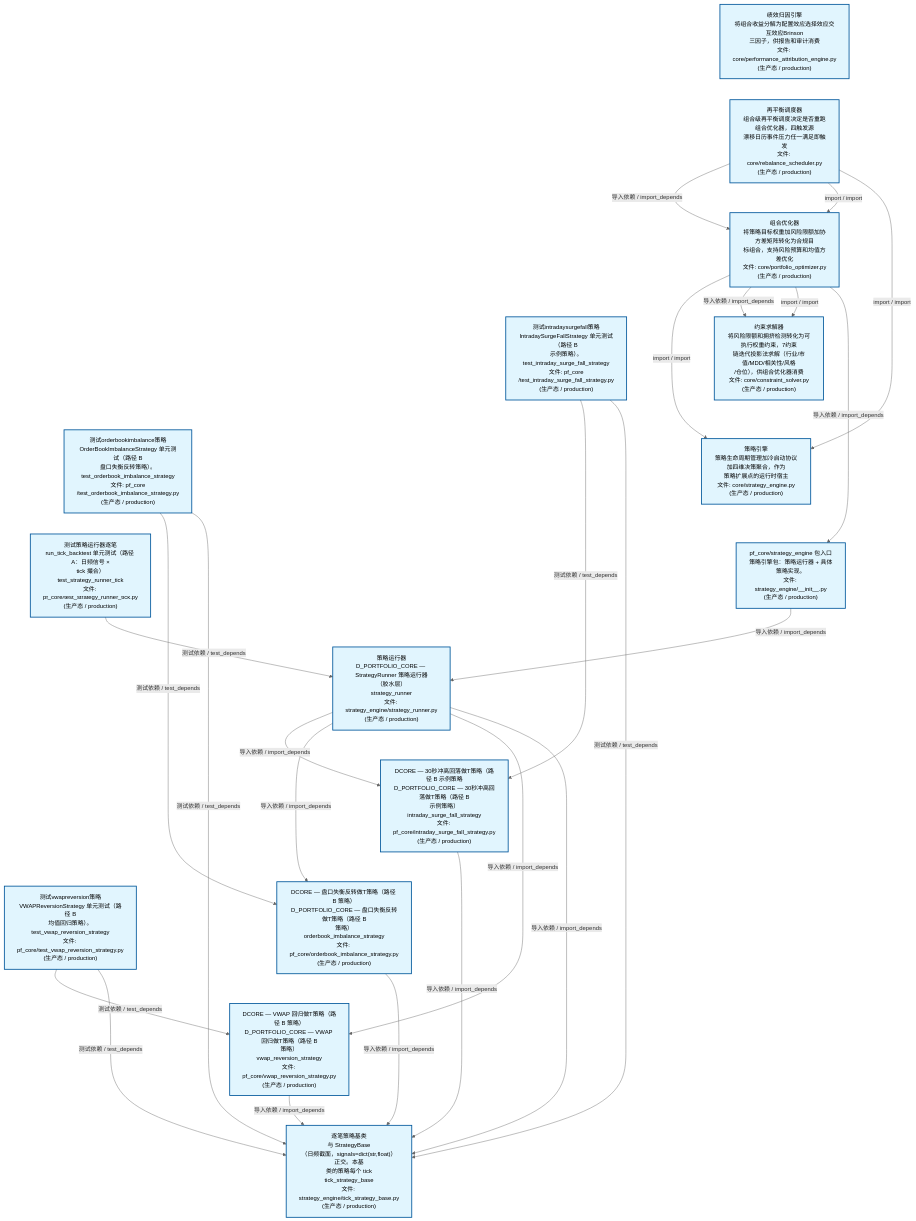
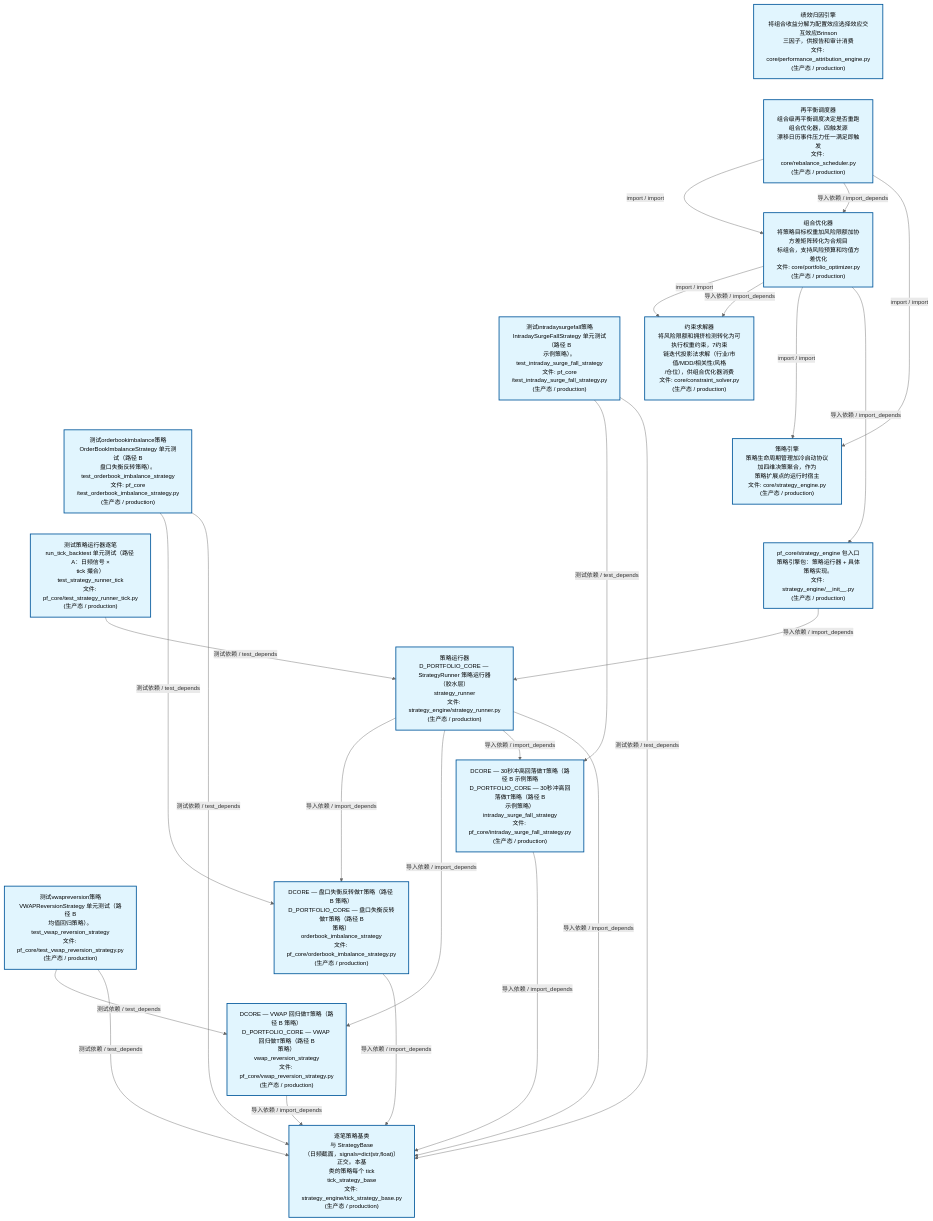
One commit to xuanFelixVan/ZephyrAlpha changed the second of 4 diagrams in docs/02_enterprise_architecture/02_domain_architecture_docs/63_d_pf_core.md. Above: the diagram before and after it, drawn with Mermaid. The commit also changed other lines of this file and 186 other files, not shown here.

````diff
--- a/docs/02_enterprise_architecture/02_domain_architecture_docs/63_d_pf_core.md
+++ b/docs/02_enterprise_architecture/02_domain_architecture_docs/63_d_pf_core.md
@@ -140,55 +140,55 @@
 ```mermaid
 %%{init: {'theme': 'base', 'themeVariables': {'primaryColor': '#eaeaea', 'primaryTextColor': '#333333', 'primaryBorderColor': '#666666', 'lineColor': '#666666', 'secondaryColor': '#eaeaea', 'tertiaryColor': '#eaeaea', 'fontSize': '14px'}}}%%
 flowchart TD
     src_zephyr_pf_core_core_performance_attribution_engine_py["绩效归因引擎<br/>将组合收益分解为配置效应选择效应交互效应Brinson<br/>三因子，供报告和审计消费<br/>文件: core/performance_attribution_engine.py<br/>(生产态 / production)"]
     src_zephyr_pf_core_core_rebalance_scheduler_py["再平衡调度器<br/>组合级再平衡调度决定是否重跑组合优化器，四触发源<br/>漂移日历事件压力任一满足即触发<br/>文件: core/rebalance_scheduler.py<br/>(生产态 / production)"]
     tests_pf_core_test_intraday_surge_fall_strategy_py["测试intradaysurgefall策略<br/>IntradaySurgeFallStrategy 单元测试（路径 B<br/>示例策略）。<br/>test_intraday_surge_fall_strategy<br/>文件: pf_core<br/>/test_intraday_surge_fall_strategy.py<br/>(生产态 / production)"]
     tests_pf_core_test_orderbook_imbalance_strategy_py["测试orderbookimbalance策略<br/>OrderBookImbalanceStrategy 单元测试（路径 B<br/>盘口失衡反转策略）。<br/>test_orderbook_imbalance_strategy<br/>文件: pf_core<br/>/test_orderbook_imbalance_strategy.py<br/>(生产态 / production)"]
     tests_pf_core_test_strategy_runner_tick_py["测试策略运行器逐笔<br/>run_tick_backtest 单元测试（路径 A：日频信号 ×<br/>tick 撮合）<br/>test_strategy_runner_tick<br/>文件: pf_core/test_strategy_runner_tick.py<br/>(生产态 / production)"]
     tests_pf_core_test_vwap_reversion_strategy_py["测试vwapreversion策略<br/>VWAPReversionStrategy 单元测试（路径 B<br/>均值回归策略）。<br/>test_vwap_reversion_strategy<br/>文件: pf_core/test_vwap_reversion_strategy.py<br/>(生产态 / production)"]
     src_zephyr_pf_core_core_performance_attribution_engine_py ~~~ src_zephyr_pf_core_core_rebalance_scheduler_py
     src_zephyr_pf_core_core_rebalance_scheduler_py ~~~ tests_pf_core_test_intraday_surge_fall_strategy_py
     tests_pf_core_test_intraday_surge_fall_strategy_py ~~~ tests_pf_core_test_orderbook_imbalance_strategy_py
     tests_pf_core_test_orderbook_imbalance_strategy_py ~~~ tests_pf_core_test_strategy_runner_tick_py
     tests_pf_core_test_strategy_runner_tick_py ~~~ tests_pf_core_test_vwap_reversion_strategy_py
     src_zephyr_pf_core_core_portfolio_optimizer_py["组合优化器<br/>将策略目标权重加风险限额加协方差矩阵转化为合规目<br/>标组合，支持风险预算和均值方差优化<br/>文件: core/portfolio_optimizer.py<br/>(生产态 / production)"]
     src_zephyr_pf_core_core_constraint_solver_py["约束求解器<br/>将风险限额和拥挤检测转化为可执行权重约束，7约束<br/>链迭代投影法求解（行业/市值/MDD/相关性/风格<br/>/仓位），供组合优化器消费<br/>文件: core/constraint_solver.py<br/>(生产态 / production)"]
     src_zephyr_pf_core_core_strategy_engine_py["策略引擎<br/>策略生命周期管理加冷启动协议加四维决策聚合，作为<br/>策略扩展点的运行时宿主<br/>文件: core/strategy_engine.py<br/>(生产态 / production)"]
     src_zephyr_pf_core_strategy_engine_init_py["pf_core/strategy_engine 包入口<br/>策略引擎包：策略运行器 + 具体策略实现。<br/>文件: strategy_engine/__init__.py<br/>(生产态 / production)"]
     src_zephyr_pf_core_core_constraint_solver_py ~~~ src_zephyr_pf_core_core_strategy_engine_py
     src_zephyr_pf_core_core_strategy_engine_py ~~~ src_zephyr_pf_core_strategy_engine_init_py
     src_zephyr_pf_core_strategy_engine_strategy_runner_py["策略运行器<br/>D_PORTFOLIO_CORE — StrategyRunner 策略运行器<br/>（胶水层）<br/>strategy_runner<br/>文件: strategy_engine/strategy_runner.py<br/>(生产态 / production)"]
     src_zephyr_pf_core_intraday_surge_fall_strategy_py["DCORE — 30秒冲高回落做T策略（路径 B 示例策略<br/>D_PORTFOLIO_CORE — 30秒冲高回落做T策略（路径 B<br/>示例策略）<br/>intraday_surge_fall_strategy<br/>文件: pf_core/intraday_surge_fall_strategy.py<br/>(生产态 / production)"]
     src_zephyr_pf_core_orderbook_imbalance_strategy_py["DCORE — 盘口失衡反转做T策略（路径 B 策略）<br/>D_PORTFOLIO_CORE — 盘口失衡反转做T策略（路径 B<br/>策略）<br/>orderbook_imbalance_strategy<br/>文件: pf_core/orderbook_imbalance_strategy.py<br/>(生产态 / production)"]
     src_zephyr_pf_core_vwap_reversion_strategy_py["DCORE — VWAP 回归做T策略（路径 B 策略）<br/>D_PORTFOLIO_CORE — VWAP 回归做T策略（路径 B<br/>策略）<br/>vwap_reversion_strategy<br/>文件: pf_core/vwap_reversion_strategy.py<br/>(生产态 / production)"]
     src_zephyr_pf_core_intraday_surge_fall_strategy_py ~~~ src_zephyr_pf_core_orderbook_imbalance_strategy_py
     src_zephyr_pf_core_orderbook_imbalance_strategy_py ~~~ src_zephyr_pf_core_vwap_reversion_strategy_py
     src_zephyr_pf_core_strategy_engine_tick_strategy_base_py["逐笔策略基类<br/>与 StrategyBase<br/>（日频截面，signals=dict(str,float)）正交。本基<br/>类的策略每个 tick<br/>tick_strategy_base<br/>文件: strategy_engine/tick_strategy_base.py<br/>(生产态 / production)"]
-    src_zephyr_pf_core_intraday_surge_fall_strategy_py -->|导入依赖 / import_depends| src_zephyr_pf_core_strategy_engine_tick_strategy_base_py
     src_zephyr_pf_core_orderbook_imbalance_strategy_py -->|导入依赖 / import_depends| src_zephyr_pf_core_strategy_engine_tick_strategy_base_py
     src_zephyr_pf_core_vwap_reversion_strategy_py -->|导入依赖 / import_depends| src_zephyr_pf_core_strategy_engine_tick_strategy_base_py
+    src_zephyr_pf_core_intraday_surge_fall_strategy_py -->|导入依赖 / import_depends| src_zephyr_pf_core_strategy_engine_tick_strategy_base_py
+    src_zephyr_pf_core_core_portfolio_optimizer_py -->|import / import| src_zephyr_pf_core_core_constraint_solver_py
+    src_zephyr_pf_core_core_portfolio_optimizer_py -->|导入依赖 / import_depends| src_zephyr_pf_core_core_constraint_solver_py
     src_zephyr_pf_core_core_portfolio_optimizer_py -->|import / import| src_zephyr_pf_core_core_strategy_engine_py
-    src_zephyr_pf_core_core_portfolio_optimizer_py -->|导入依赖 / import_depends| src_zephyr_pf_core_core_constraint_solver_py
-    src_zephyr_pf_core_core_portfolio_optimizer_py -->|import / import| src_zephyr_pf_core_core_constraint_solver_py
     src_zephyr_pf_core_core_portfolio_optimizer_py -->|导入依赖 / import_depends| src_zephyr_pf_core_strategy_engine_init_py
+    src_zephyr_pf_core_strategy_engine_strategy_runner_py -->|导入依赖 / import_depends| src_zephyr_pf_core_orderbook_imbalance_strategy_py
+    src_zephyr_pf_core_strategy_engine_strategy_runner_py -->|导入依赖 / import_depends| src_zephyr_pf_core_vwap_reversion_strategy_py
+    src_zephyr_pf_core_strategy_engine_strategy_runner_py -->|导入依赖 / import_depends| src_zephyr_pf_core_intraday_surge_fall_strategy_py
+    src_zephyr_pf_core_strategy_engine_strategy_runner_py -->|导入依赖 / import_depends| src_zephyr_pf_core_strategy_engine_tick_strategy_base_py
+    src_zephyr_pf_core_core_rebalance_scheduler_py -->|import / import| src_zephyr_pf_core_core_portfolio_optimizer_py
     src_zephyr_pf_core_core_rebalance_scheduler_py -->|导入依赖 / import_depends| src_zephyr_pf_core_core_portfolio_optimizer_py
-    src_zephyr_pf_core_core_rebalance_scheduler_py -->|import / import| src_zephyr_pf_core_core_portfolio_optimizer_py
     src_zephyr_pf_core_core_rebalance_scheduler_py -->|import / import| src_zephyr_pf_core_core_strategy_engine_py
     src_zephyr_pf_core_strategy_engine_init_py -->|导入依赖 / import_depends| src_zephyr_pf_core_strategy_engine_strategy_runner_py
-    src_zephyr_pf_core_strategy_engine_strategy_runner_py -->|导入依赖 / import_depends| src_zephyr_pf_core_intraday_surge_fall_strategy_py
-    src_zephyr_pf_core_strategy_engine_strategy_runner_py -->|导入依赖 / import_depends| src_zephyr_pf_core_orderbook_imbalance_strategy_py
-    src_zephyr_pf_core_strategy_engine_strategy_runner_py -->|导入依赖 / import_depends| src_zephyr_pf_core_vwap_reversion_strategy_py
-    src_zephyr_pf_core_strategy_engine_strategy_runner_py -->|导入依赖 / import_depends| src_zephyr_pf_core_strategy_engine_tick_strategy_base_py
     tests_pf_core_test_intraday_surge_fall_strategy_py -->|测试依赖 / test_depends| src_zephyr_pf_core_intraday_surge_fall_strategy_py
     tests_pf_core_test_intraday_surge_fall_strategy_py -->|测试依赖 / test_depends| src_zephyr_pf_core_strategy_engine_tick_strategy_base_py
     tests_pf_core_test_orderbook_imbalance_strategy_py -->|测试依赖 / test_depends| src_zephyr_pf_core_orderbook_imbalance_strategy_py
     tests_pf_core_test_orderbook_imbalance_strategy_py -->|测试依赖 / test_depends| src_zephyr_pf_core_strategy_engine_tick_strategy_base_py
     tests_pf_core_test_strategy_runner_tick_py -->|测试依赖 / test_depends| src_zephyr_pf_core_strategy_engine_strategy_runner_py
     tests_pf_core_test_vwap_reversion_strategy_py -->|测试依赖 / test_depends| src_zephyr_pf_core_vwap_reversion_strategy_py
     tests_pf_core_test_vwap_reversion_strategy_py -->|测试依赖 / test_depends| src_zephyr_pf_core_strategy_engine_tick_strategy_base_py
     classDef production fill:#e1f5fe,stroke:#01579b,stroke-width:2px,color:#000
     classDef design fill:#fff3e0,stroke:#e65100,stroke-width:2px,color:#000,stroke-dasharray: 5 5
     classDef external_prod fill:#e8f4fd,stroke:#0277bd,stroke-width:1px,color:#000
     classDef external_design fill:#fff8e7,stroke:#ef6c00,stroke-width:1px,color:#000,stroke-dasharray: 5 5
     class src_zephyr_pf_core_core_constraint_solver_py,src_zephyr_pf_core_core_performance_attribution_engine_py,src_zephyr_pf_core_core_portfolio_optimizer_py,src_zephyr_pf_core_core_rebalance_scheduler_py,src_zephyr_pf_core_core_strategy_engine_py,src_zephyr_pf_core_intraday_surge_fall_strategy_py,src_zephyr_pf_core_orderbook_imbalance_strategy_py,src_zephyr_pf_core_strategy_engine_init_py,src_zephyr_pf_core_strategy_engine_strategy_runner_py,src_zephyr_pf_core_strategy_engine_tick_strategy_base_py,src_zephyr_pf_core_vwap_reversion_strategy_py,tests_pf_core_test_intraday_surge_fall_strategy_py,tests_pf_core_test_orderbook_imbalance_strategy_py,tests_pf_core_test_strategy_runner_tick_py,tests_pf_core_test_vwap_reversion_strategy_py production
 ```
````
